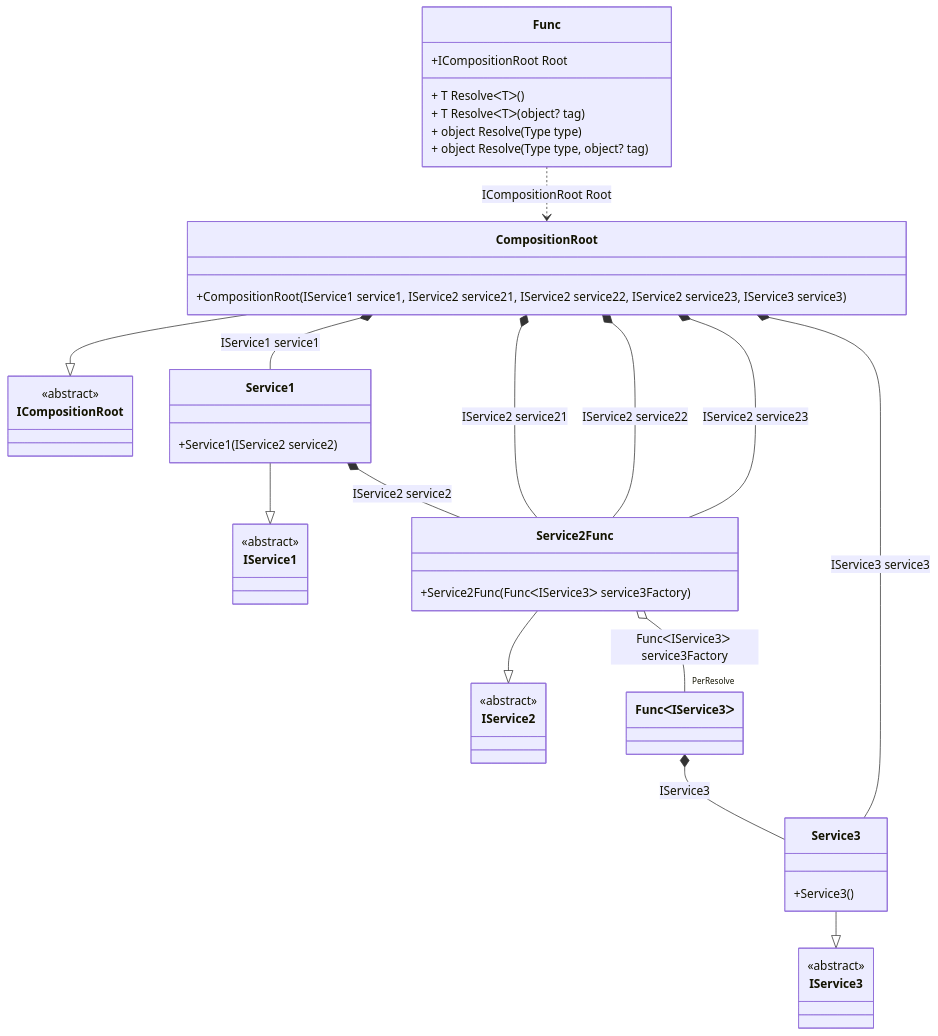
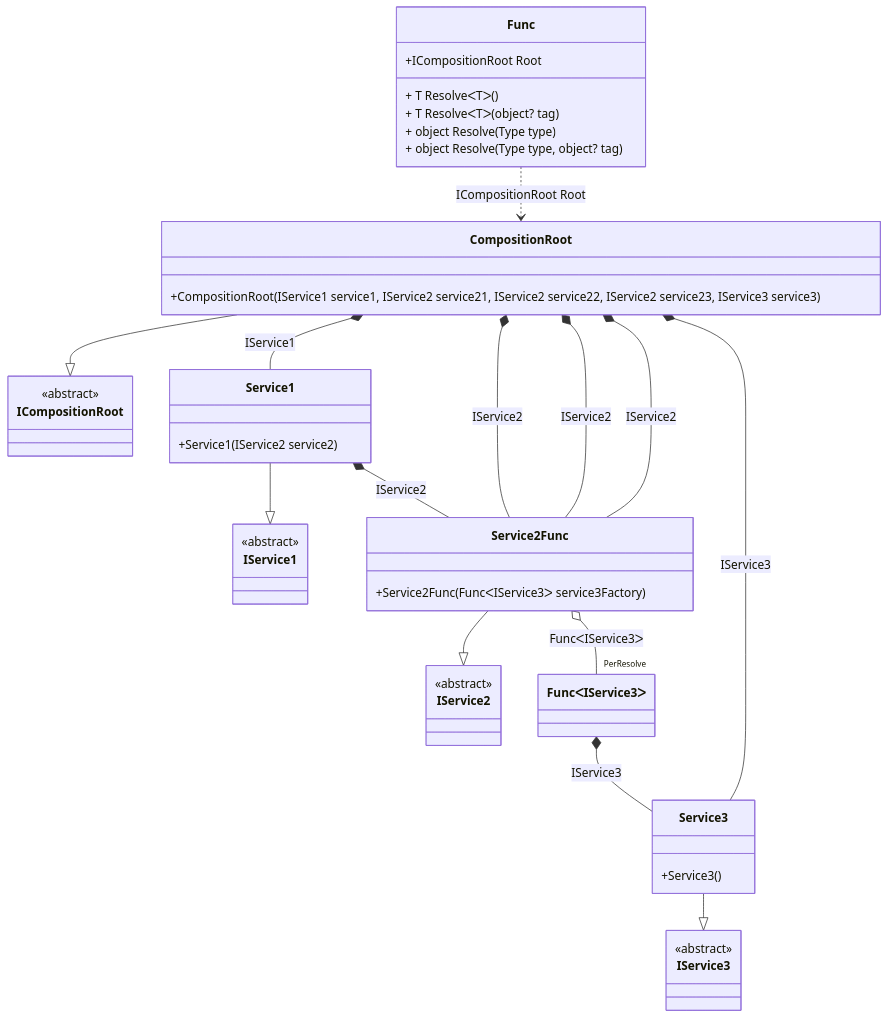
One commit to DevTeam/Pure.DI changed the diagram in readme/FuncDetails.md. Above: the diagram before and after it, drawn with Mermaid. The commit also changed other lines of this file and 84 other files, not shown here.

Commit message:
Supports the arguments of the root of the composition.

````diff
--- a/readme/FuncDetails.md
+++ b/readme/FuncDetails.md
@@ -6,48 +6,48 @@
 ```mermaid
 classDiagram
   class Func {
     +ICompositionRoot Root
     + T ResolveᐸTᐳ()
     + T ResolveᐸTᐳ(object? tag)
     + object Resolve(Type type)
     + object Resolve(Type type, object? tag)
   }
   CompositionRoot --|> ICompositionRoot : 
   class CompositionRoot {
     +CompositionRoot(IService1 service1, IService2 service21, IService2 service22, IService2 service23, IService3 service3)
   }
   Service1 --|> IService1 : 
   class Service1 {
     +Service1(IService2 service2)
   }
   Service2Func --|> IService2 : 
   class Service2Func {
     +Service2Func(FuncᐸIService3ᐳ service3Factory)
   }
   Service3 --|> IService3 : 
   class Service3 {
     +Service3()
   }
   class FuncᐸIService3ᐳ
   class ICompositionRoot {
     <<abstract>>
   }
   class IService1 {
     <<abstract>>
   }
   class IService2 {
     <<abstract>>
   }
   class IService3 {
     <<abstract>>
   }
-  CompositionRoot *--  Service1 : IService1 service1
-  CompositionRoot *--  Service2Func : IService2 service21
-  CompositionRoot *--  Service2Func : IService2 service22
-  CompositionRoot *--  Service2Func : IService2 service23
-  CompositionRoot *--  Service3 : IService3 service3
-  Service1 *--  Service2Func : IService2 service2
-  Service2Func o--  "PerResolve" FuncᐸIService3ᐳ : FuncᐸIService3ᐳ service3Factory
+  CompositionRoot *--  Service1 : IService1
+  CompositionRoot *--  Service2Func : IService2
+  CompositionRoot *--  Service2Func : IService2
+  CompositionRoot *--  Service2Func : IService2
+  CompositionRoot *--  Service3 : IService3
+  Service1 *--  Service2Func : IService2
+  Service2Func o--  "PerResolve" FuncᐸIService3ᐳ : FuncᐸIService3ᐳ
   Func ..> CompositionRoot : ICompositionRoot Root
   FuncᐸIService3ᐳ *--  Service3 : IService3
 ```
````
